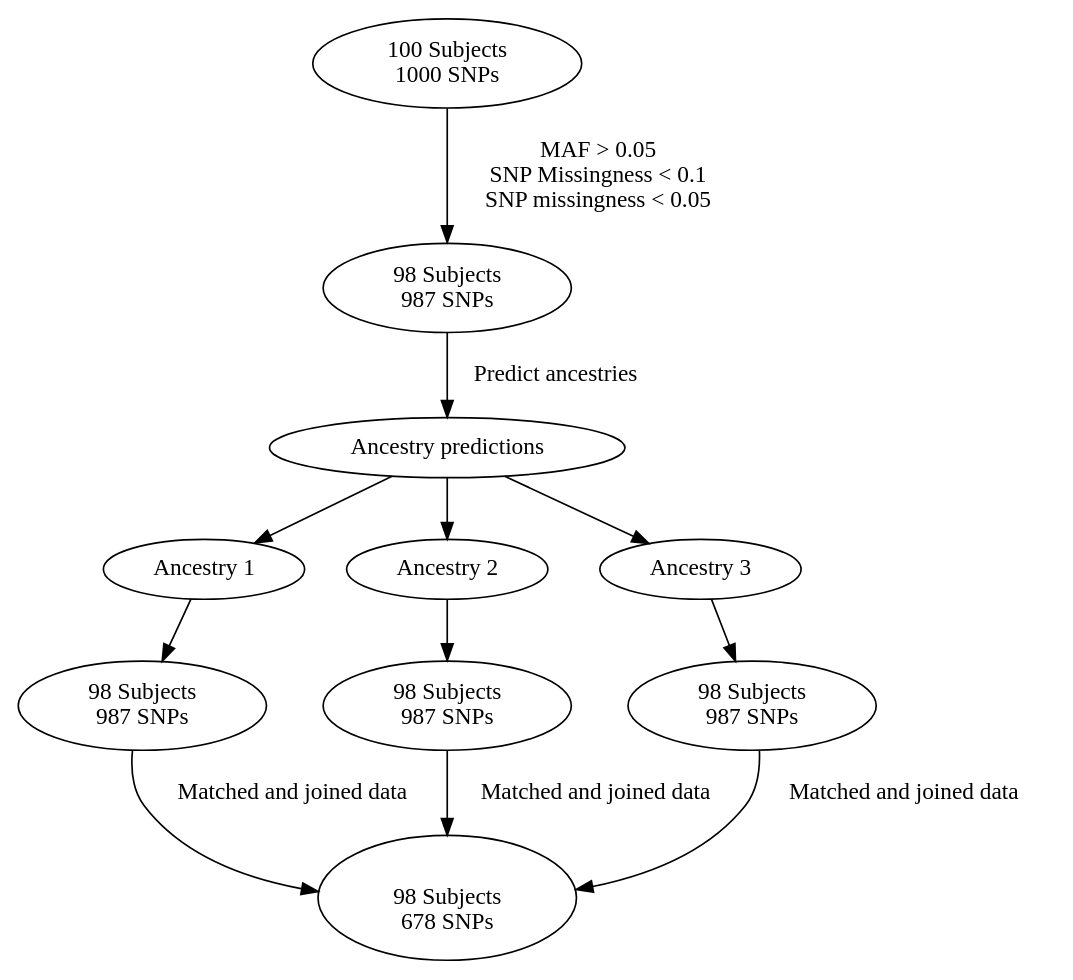
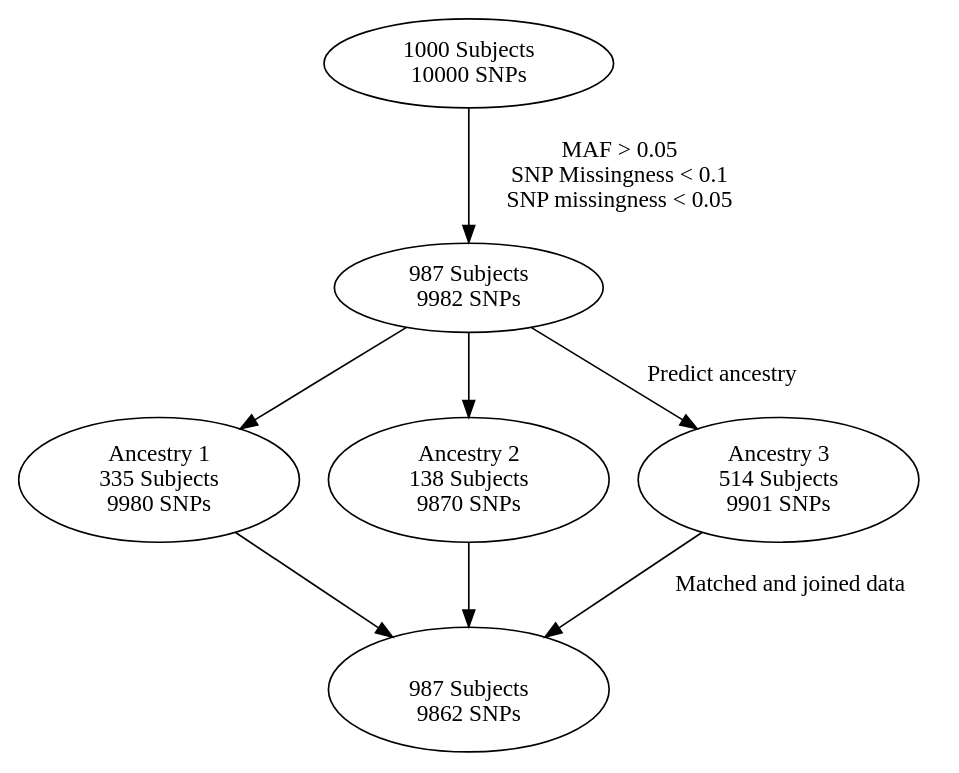
One commit to UMN-GDC/GDCGenomicsQC changed the diagram in src/QCReporter/QCReport.qmd. Above: the diagram before and after it, drawn with Graphviz. The commit also changed other lines of this file and 14 other files, not shown here.

Commit message:
Updated report with more realistic numbers for the flow chart

````diff
--- a/src/QCReporter/QCReport.qmd
+++ b/src/QCReporter/QCReport.qmd
@@ -48,27 +56,20 @@
 ```{dot}
 digraph G {
-  input [ label = "100 Subjects \n 1000 SNPs" ];
-  filter [ label = "98 Subjects \n 987 SNPs"];
-  predict [ label = "Ancestry predictions"];
+  input [ label = "1000 Subjects \n 10000 SNPs" ];
+  filter [ label = "987 Subjects \n 9982 SNPs"];
 
-  anc1 [ label = "Ancestry 1"];
-  anc2 [ label = "Ancestry 2"];
-  anc3 [ label = "Ancestry 3"];
+  filter1 [label = "Ancestry 1 \n 335 Subjects \n 9980 SNPs"];
+  filter2 [label = "Ancestry 2 \n 138 Subjects \n 9870 SNPs"];
+  filter3 [label = "Ancestry 3 \n 514 Subjects \n 9901 SNPs"];
 
-  filter1 [label = "98 Subjects \n 987 SNPs"];
-  filter2 [label = "98 Subjects \n 987 SNPs"];
-  filter3 [label = "98 Subjects \n 987 SNPs"];
-
-  joinedData[ label = " \n 98 Subjects \n 678 SNPs"];
+  joinedData[ label = " \n 987 Subjects \n 9862 SNPs"];
 
   input -> filter [ label = "MAF > 0.05 \n SNP Missingness < 0.1 \n SNP missingness < 0.05"];
-  filter -> predict [ label = "Predict ancestries"];
 
-  predict -> anc1, anc2, anc3;
-  anc1 -> filter1;
-  anc2 -> filter2;
-  anc3 -> filter3;
+  filter -> filter1, filter2;
+  filter -> filter3 [label = "Predict ancestry"];
 
-  filter1, filter2, filter3 -> joinedData [ label = "Matched and joined data"];
+  filter1, filter2 -> joinedData; 
+  filter3 -> joinedData[ label = "Matched and joined data"];
 }
 ```
````
